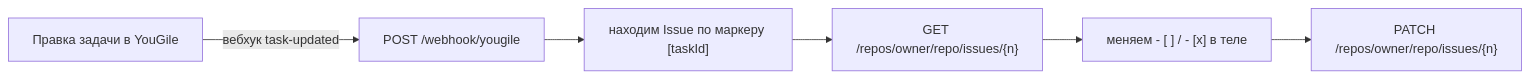
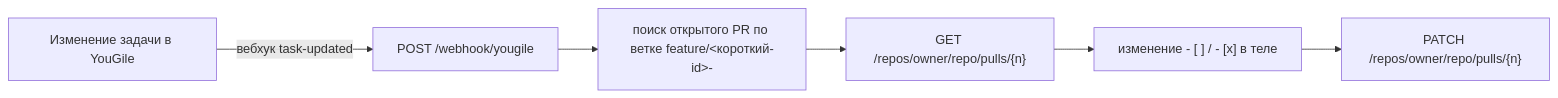
Before and after one commit to rlxlxl/AutoAgile: the second of 2 diagrams in README.md, drawn with Mermaid. The commit also changed other lines of this file and 7 other files, not shown here.

````diff
--- a/README.md
+++ b/README.md
@@ -202,8 +201,8 @@
 ```mermaid
 flowchart LR
-  A["Правка задачи в YouGile"] -->|"вебхук task-updated"| B["POST /webhook/yougile"]
-  B --> C["находим Issue по маркеру [taskId]"]
-  C --> D["GET /repos/owner/repo/issues/{n}"]
-  D --> E["меняем - [ ] / - [x] в теле"]
-  E --> F["PATCH /repos/owner/repo/issues/{n}"]
+  A["Изменение задачи в YouGile"] -->|"вебхук task-updated"| B["POST /webhook/yougile"]
+  B --> C["поиск открытого PR по ветке feature/<короткий-id>-"]
+  C --> D["GET /repos/owner/repo/pulls/{n}"]
+  D --> E["изменение - [ ] / - [x] в теле"]
+  E --> F["PATCH /repos/owner/repo/pulls/{n}"]
 ```
````
